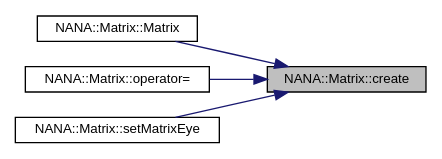
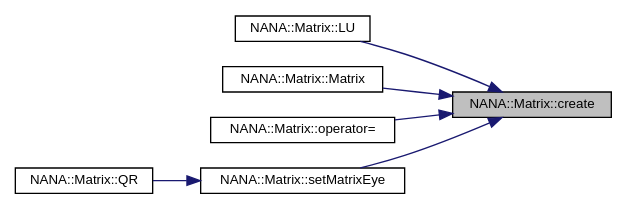
The diagram in docs/class_n_a_n_a_1_1_matrix_a9143733c65d050c962bb9ea8fe03d19b_icgraph.dot (YuruTu/NANA), drawn with Graphviz before and after one commit. The commit also changed 47 other files, not shown here.

```diff
--- a/docs/class_n_a_n_a_1_1_matrix_a9143733c65d050c962bb9ea8fe03d19b_icgraph.dot
+++ b/docs/class_n_a_n_a_1_1_matrix_a9143733c65d050c962bb9ea8fe03d19b_icgraph.dot
@@ -1,14 +1,18 @@
 digraph "NANA::Matrix::create"
 {
  // LATEX_PDF_SIZE
   edge [fontname="Helvetica",fontsize="10",labelfontname="Helvetica",labelfontsize="10"];
   node [fontname="Helvetica",fontsize="10",shape=record];
   rankdir="RL";
   Node1 [label="NANA::Matrix::create",height=0.2,width=0.4,color="black", fillcolor="grey75", style="filled", fontcolor="black",tooltip="申请内存"];
   Node1 -> Node2 [dir="back",color="midnightblue",fontsize="10",style="solid",fontname="Helvetica"];
-  Node2 [label="NANA::Matrix::Matrix",height=0.2,width=0.4,color="black", fillcolor="white", style="filled",URL="$class_n_a_n_a_1_1_matrix.html#a200779713f922b3c87ad193b3ea7f6b4",tooltip="构造函数，主动申请与管理内存"];
+  Node2 [label="NANA::Matrix::LU",height=0.2,width=0.4,color="black", fillcolor="white", style="filled",URL="$class_n_a_n_a_1_1_matrix.html#a4fa999237fe4b55b662bcd8e38707d1e",tooltip="实现矩阵的LU分解"];
   Node1 -> Node3 [dir="back",color="midnightblue",fontsize="10",style="solid",fontname="Helvetica"];
-  Node3 [label="NANA::Matrix::operator=",height=0.2,width=0.4,color="black", fillcolor="white", style="filled",URL="$class_n_a_n_a_1_1_matrix.html#af8f91cc9e267b3c55d0b8e6cb80351c4",tooltip="等于时"];
+  Node3 [label="NANA::Matrix::Matrix",height=0.2,width=0.4,color="black", fillcolor="white", style="filled",URL="$class_n_a_n_a_1_1_matrix.html#a200779713f922b3c87ad193b3ea7f6b4",tooltip="构造函数，主动申请与管理内存"];
   Node1 -> Node4 [dir="back",color="midnightblue",fontsize="10",style="solid",fontname="Helvetica"];
-  Node4 [label="NANA::Matrix::setMatrixEye",height=0.2,width=0.4,color="black", fillcolor="white", style="filled",URL="$class_n_a_n_a_1_1_matrix.html#a0a5423a5d4ad70b3225216b7a6542ee4",tooltip="将当前矩阵设置为单位矩阵"];
+  Node4 [label="NANA::Matrix::operator=",height=0.2,width=0.4,color="black", fillcolor="white", style="filled",URL="$class_n_a_n_a_1_1_matrix.html#af8f91cc9e267b3c55d0b8e6cb80351c4",tooltip="等于时"];
+  Node1 -> Node5 [dir="back",color="midnightblue",fontsize="10",style="solid",fontname="Helvetica"];
+  Node5 [label="NANA::Matrix::setMatrixEye",height=0.2,width=0.4,color="black", fillcolor="white", style="filled",URL="$class_n_a_n_a_1_1_matrix.html#a0a5423a5d4ad70b3225216b7a6542ee4",tooltip="将当前矩阵设置为单位矩阵"];
+  Node5 -> Node6 [dir="back",color="midnightblue",fontsize="10",style="solid",fontname="Helvetica"];
+  Node6 [label="NANA::Matrix::QR",height=0.2,width=0.4,color="black", fillcolor="white", style="filled",URL="$class_n_a_n_a_1_1_matrix.html#a521948ec0114d2e2204782b2bfd11bb0",tooltip="基于豪斯荷尔德变换实现矩阵的QR分解"];
 }
```
